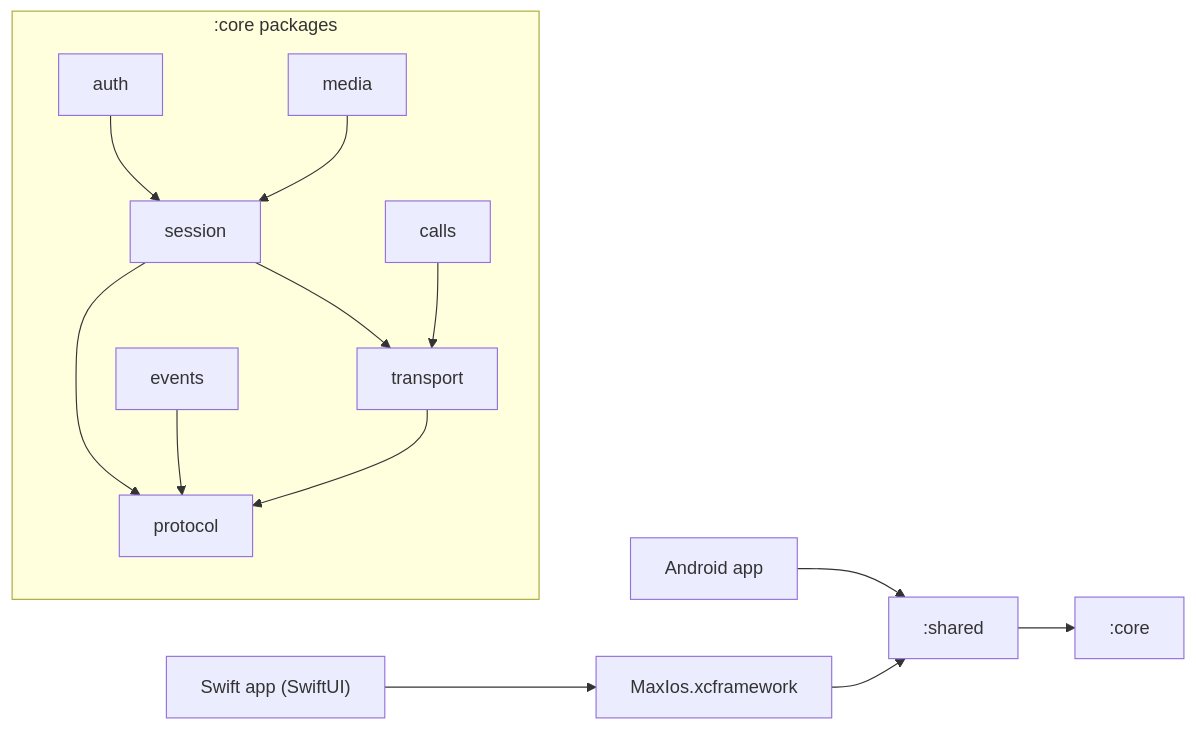
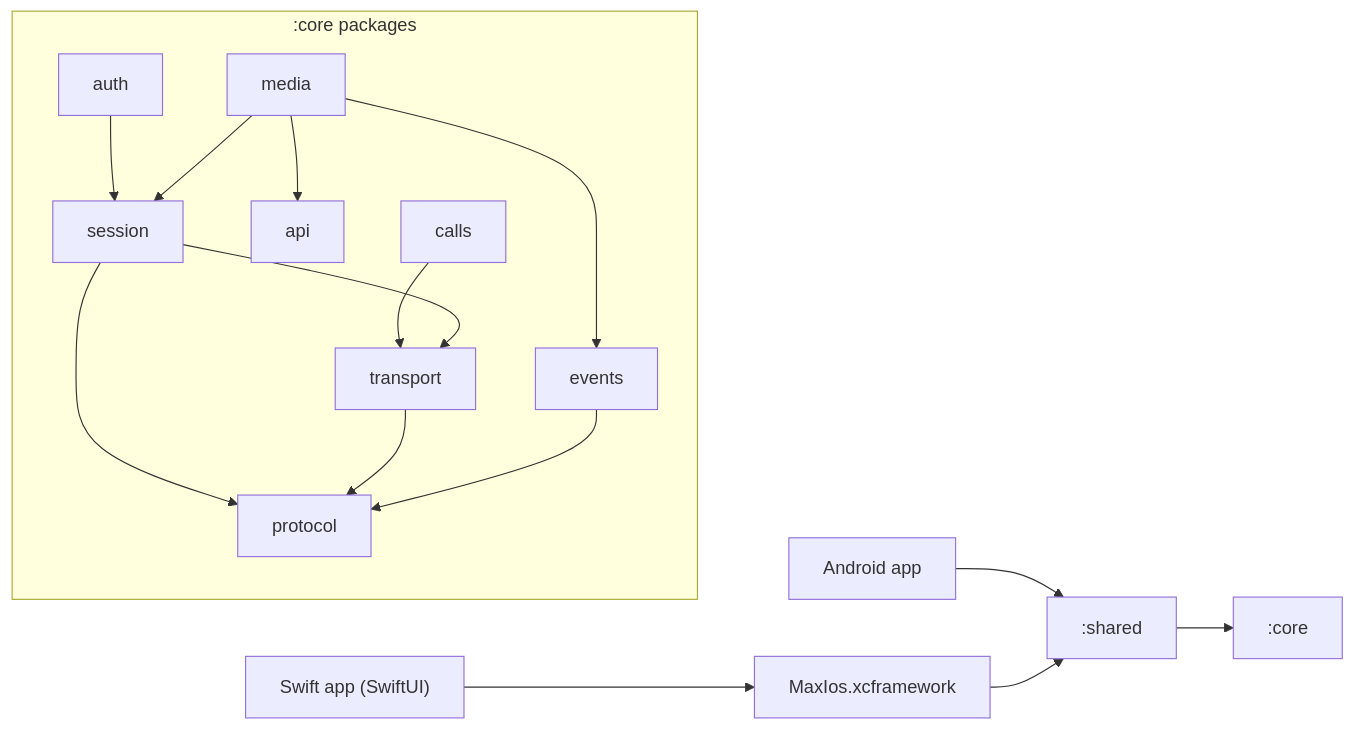
Before and after one commit to fighxy/max-kmp-core: the diagram in docs/architecture.md, drawn with Mermaid. The commit also changed other lines of this file and 11 other files, not shown here.

````diff
--- a/docs/architecture.md
+++ b/docs/architecture.md
@@ -19,16 +19,18 @@
 ```mermaid
 flowchart LR
   SwiftApp["Swift app (SwiftUI)"] --> MaxIos["MaxIos.xcframework"]
   AndroidApp["Android app"] --> shared
   MaxIos --> shared[":shared"]
   shared --> core[":core"]
   subgraph core_pkgs[":core packages"]
     auth --> session
     media --> session
+    media --> api
+    media --> events
     calls --> transport
     session --> transport
     session --> protocol
     transport --> protocol
     events --> protocol
   end
 ```
````
